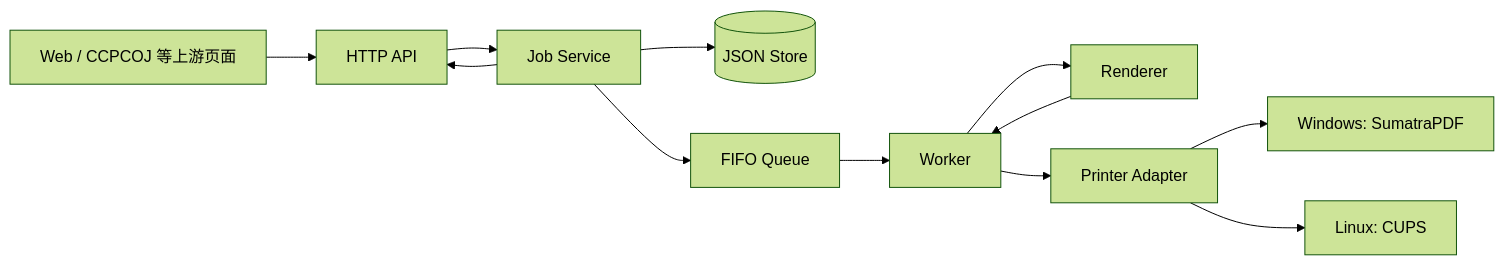
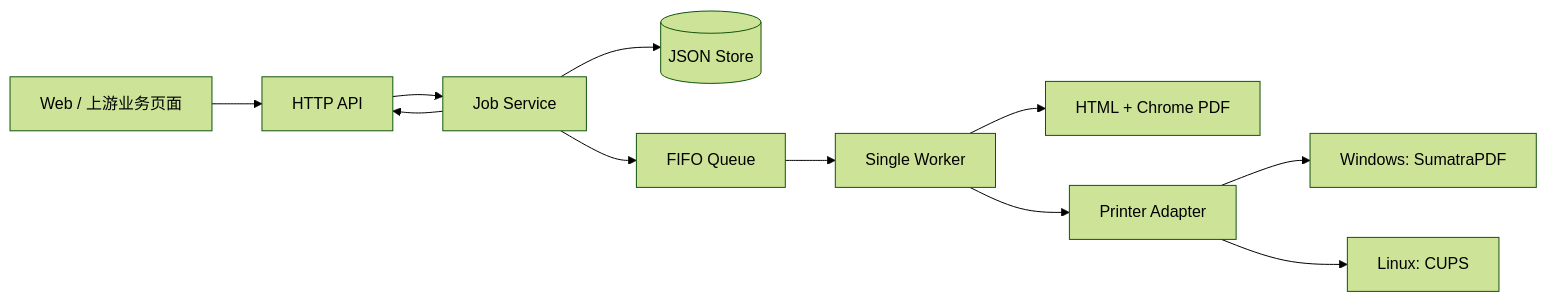
The first of 2 diagrams in docs/reports/day-02.md (Zhengxin-Yu/local-print-agent), drawn with Mermaid (forest theme) before and after one commit. The commit also changed other lines of this file and 2 other files, not shown here.

````diff
--- a/docs/reports/day-02.md
+++ b/docs/reports/day-02.md
@@ -5,14 +12,13 @@
 ```mermaid
 flowchart LR
-    Web[Web / CCPCOJ 等上游页面] --> API[HTTP API]
+    Web[Web / 上游业务页面] --> API[HTTP API]
     API --> Service[Job Service]
     Service --> Store[(JSON Store)]
     Service --> Queue[FIFO Queue]
-    Queue --> Worker[Worker]
-    Worker --> Renderer[Renderer]
-    Renderer --> Worker
+    Queue --> Worker[Single Worker]
+    Worker --> Renderer[HTML + Chrome PDF]
     Worker --> Printer[Printer Adapter]
     Printer --> Windows[Windows: SumatraPDF]
     Printer --> Linux[Linux: CUPS]
     Service --> API
 ```
````
